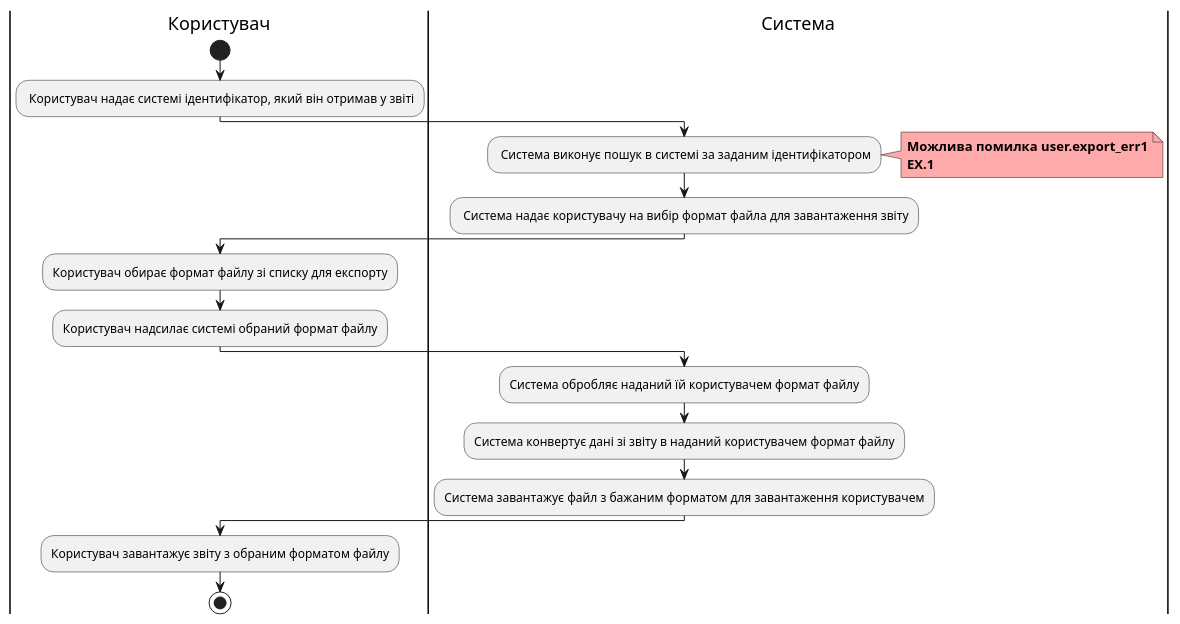
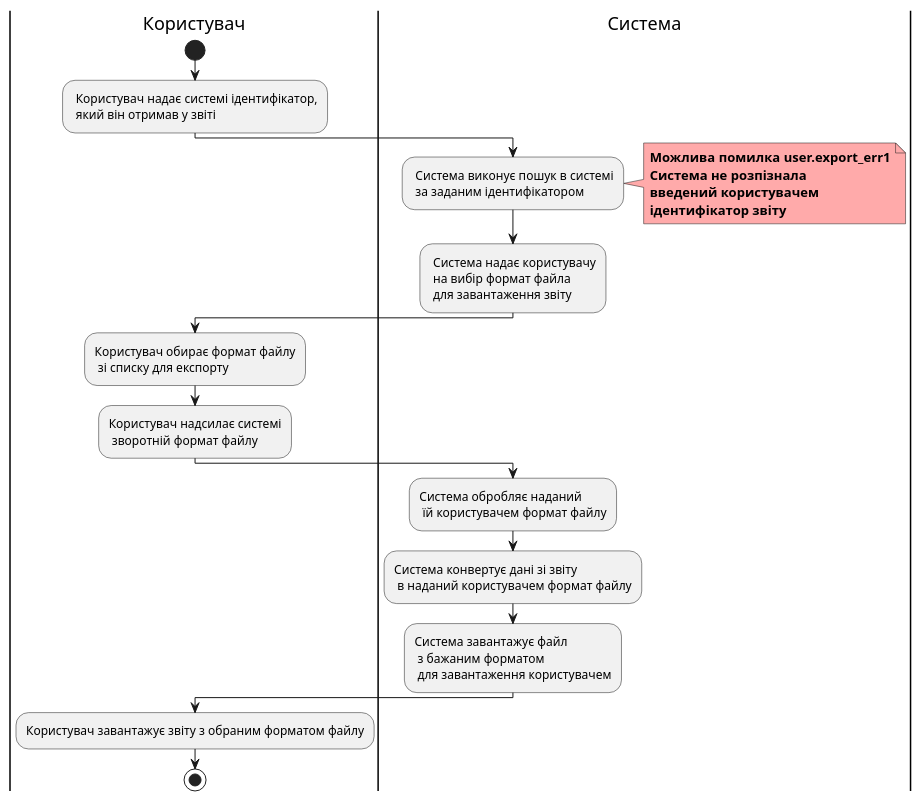
The fifth of 10 diagrams in docs/use cases/README.md (romalitv/db-course-work), drawn with PlantUML before and after one commit. The commit also changed other lines of this file and 2 other files, not shown here.

```diff
--- a/docs/use cases/README.md
+++ b/docs/use cases/README.md
@@ -137,22 +217,34 @@
 @startuml
     |Користувач|
         start
-        : Користувач надає системі ідентифікатор, який він отримав у звіті;
+        : Користувач надає системі ідентифікатор, 
+         який він отримав у звіті;
     |Система|
-        : Система виконує пошук в системі за заданим ідентифікатором;
+        : Система виконує пошук в системі 
+         за заданим ідентифікатором;
         note right #ffaaaa
         <b>Можлива помилка user.export_err1
-        <b>EX.1
+        <b>Система не розпізнала 
+        <b>введений користувачем 
+        <b>ідентифікатор звіту
         end note
-        : Система надає користувачу на вибір формат файла для завантаження звіту;
+        : Система надає користувачу 
+         на вибір формат файла 
+         для завантаження звіту;
     |Користувач|
-        :Користувач обирає формат файлу зі списку для експорту;
-        :Користувач надсилає системі обраний формат файлу;
+        :Користувач обирає формат файлу 
+         зі списку для експорту;
+        :Користувач надсилає системі 
+         зворотній формат файлу;
     |Система|
-        :Система обробляє наданий їй користувачем формат файлу;
-        :Система конвертує дані зі звіту в наданий користувачем формат файлу;
-        :Система завантажує файл з бажаним форматом для завантаження користувачем;
+        :Система обробляє наданий 
+         їй користувачем формат файлу;
+        :Система конвертує дані зі звіту 
+         в наданий користувачем формат файлу;
+        :Система завантажує файл 
+         з бажаним форматом 
+         для завантаження користувачем;
     |Користувач|
         :Користувач завантажує звіту з обраним форматом файлу;
         stop;
 @enduml    
```
